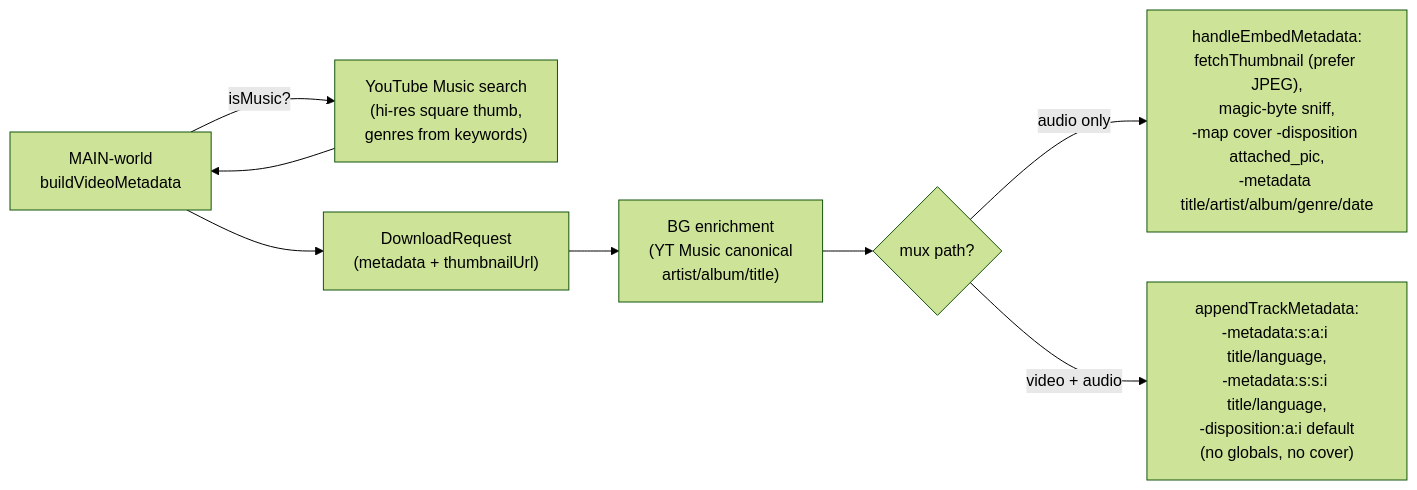
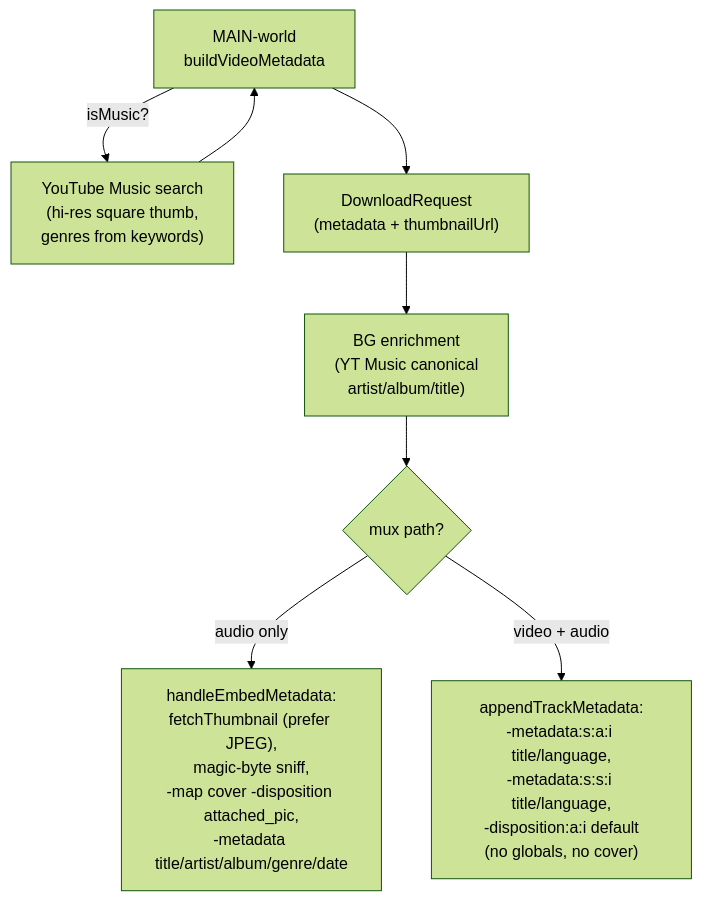
Before and after one commit to avi12/youtube-downloader: the sixth of 6 diagrams in ARCHITECTURE.md, drawn with Mermaid (forest theme).

Commit message:
ARCHITECTURE: orient metadata diagram top-to-bottom

````diff
--- a/ARCHITECTURE.md
+++ b/ARCHITECTURE.md
@@ -326,11 +326,11 @@
 ```mermaid
-flowchart LR
+flowchart TB
   Page["MAIN-world<br/>buildVideoMetadata"]
   Page -->|"isMusic?"| YTM["YouTube Music search<br/>(hi-res square thumb,<br/>genres from keywords)"]
   YTM --> Page
   Page --> Pack["DownloadRequest<br/>(metadata + thumbnailUrl)"]
   Pack --> BGEnrich["BG enrichment<br/>(YT Music canonical<br/>artist/album/title)"]
   BGEnrich --> Mux{"mux path?"}
   Mux -->|"audio only"| Embed["handleEmbedMetadata:<br/>fetchThumbnail (prefer JPEG),<br/>magic-byte sniff,<br/>-map cover -disposition attached_pic,<br/>-metadata title/artist/album/genre/date"]
   Mux -->|"video + audio"| Tracks["appendTrackMetadata:<br/>-metadata:s:a:i title/language,<br/>-metadata:s:s:i title/language,<br/>-disposition:a:i default<br/>(no globals, no cover)"]
 ```
````
